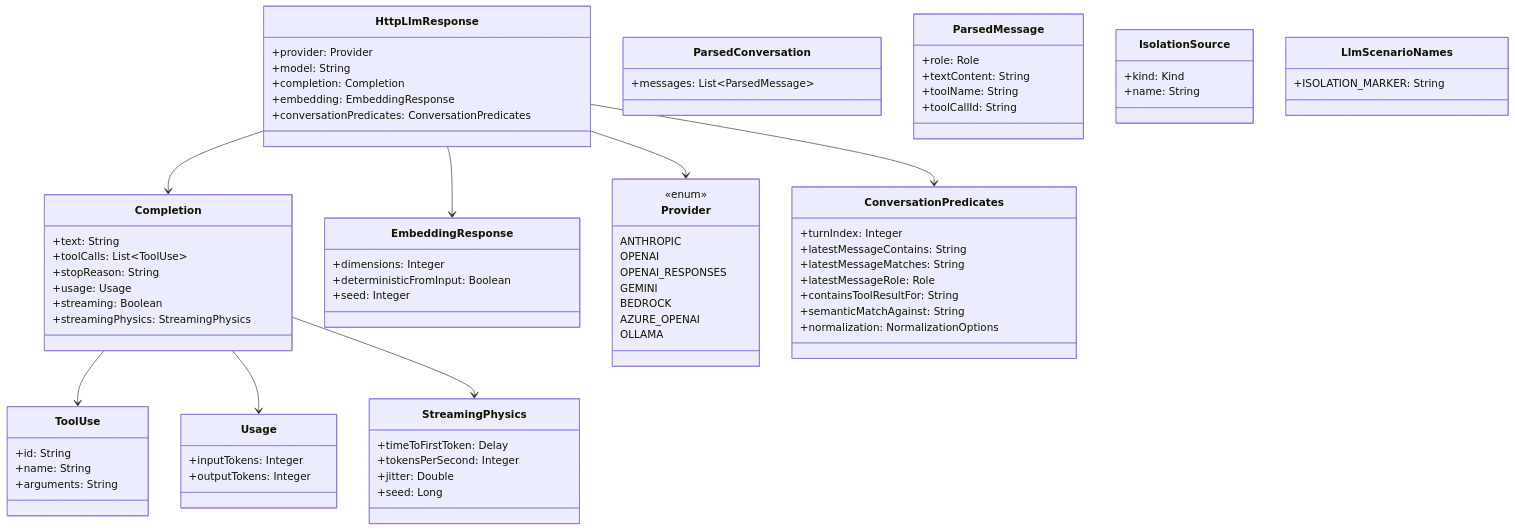
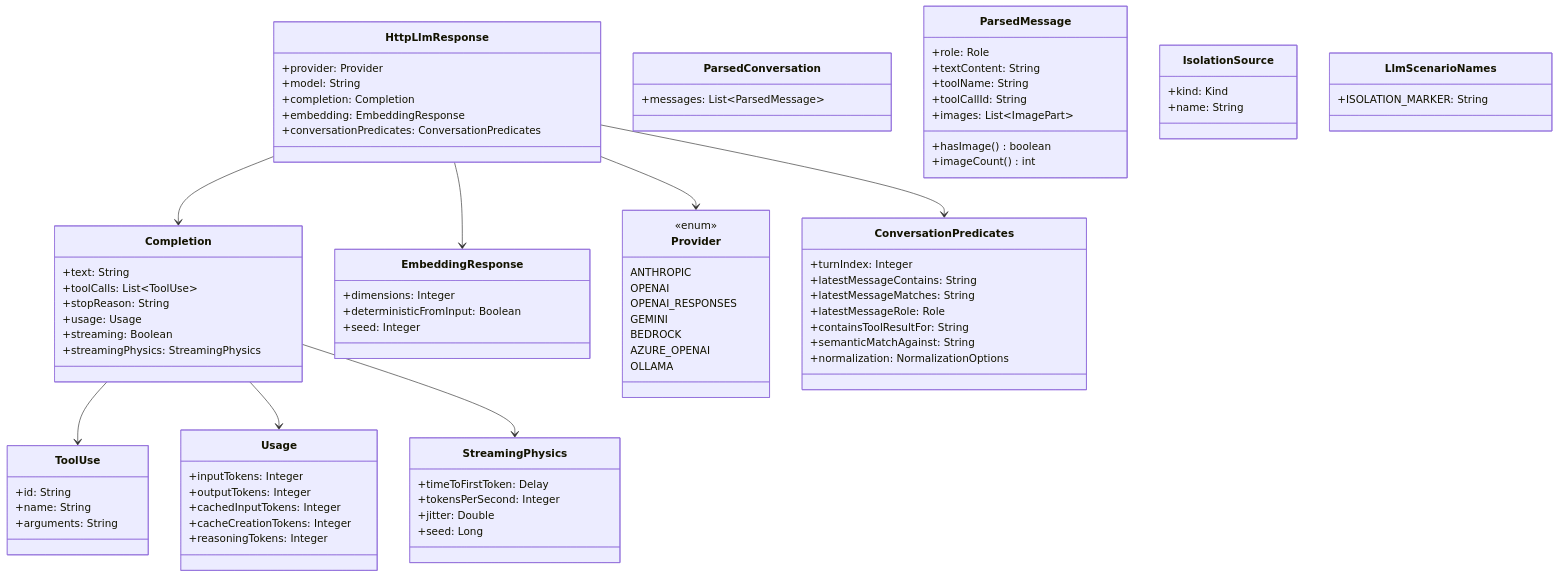
Before and after one commit to sean8601/mockserver-monorepo: the third of 4 diagrams in docs/code/llm-mocking.md, drawn with Mermaid. The commit also changed other lines of this file and 16 other files, not shown here.

First line of the commit message:
feat(core): refresh LLM pricing catalog, add cached/reasoning usage + image recognition

```diff
--- a/docs/code/llm-mocking.md
+++ b/docs/code/llm-mocking.md
@@ -274,6 +286,9 @@
     class Usage {
         +inputTokens: Integer
         +outputTokens: Integer
+        +cachedInputTokens: Integer
+        +cacheCreationTokens: Integer
+        +reasoningTokens: Integer
     }
     class StreamingPhysics {
         +timeToFirstToken: Delay
@@ -313,6 +328,9 @@
         +textContent: String
         +toolName: String
         +toolCallId: String
+        +images: List~ImagePart~
+        +hasImage() boolean
+        +imageCount() int
     }
     class IsolationSource {
         +kind: Kind
```
